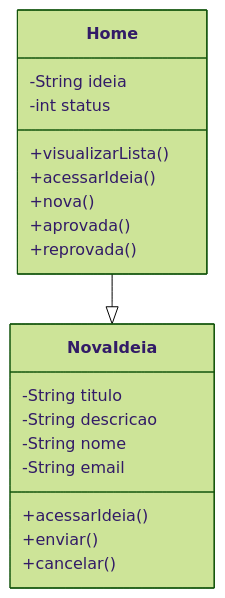
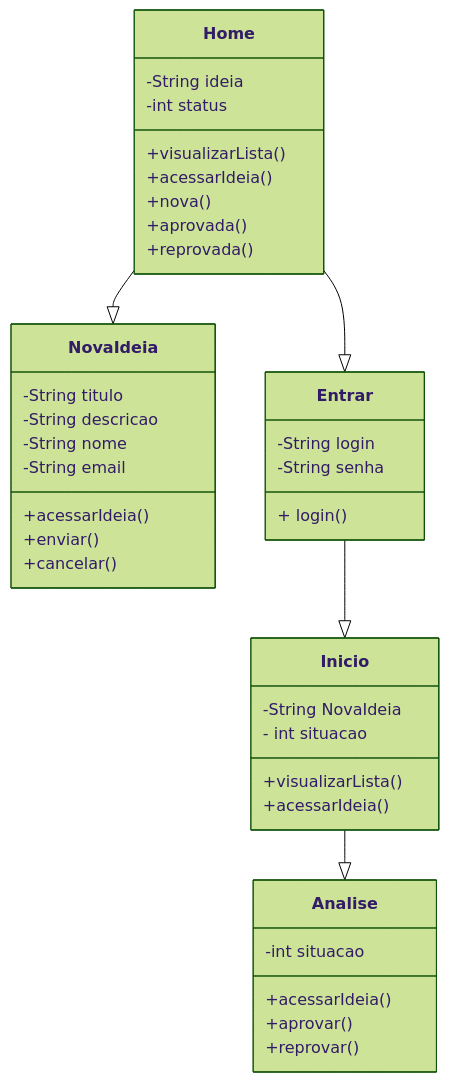
One commit to dani-marioti/Portfolio changed the second of 2 diagrams in frontend/README.md. Above: the diagram before and after it, drawn with Mermaid (forest theme).

````diff
--- a/frontend/README.md
+++ b/frontend/README.md
@@ -65,24 +65,49 @@
   ```mermaid
   classDiagram
     Home --|> NovaIdeia
+    Home --|> Entrar
+    Entrar --|> Inicio
+    Inicio --|>  Analise
     Home : -String ideia
     Home : -int status
     NovaIdeia : -String titulo
     NovaIdeia : -String descricao
     NovaIdeia : -String nome
     NovaIdeia : -String email
+    Entrar : -String login
+    Entrar : -String senha
+    Analise: -int situacao
+
+    class Entrar{
+        + login()
+    }
 
     class Home{
         +visualizarLista()
         +acessarIdeia()
         +nova()
         +aprovada()
         +reprovada()
     }
 
+    class Inicio{
+        -String NovaIdeia
+        - int situacao
+        +visualizarLista()
+        +acessarIdeia()
+
+    }
+
     class NovaIdeia{
         +acessarIdeia()
         +enviar()
         +cancelar()
     }
+
+    class Analise{
+        +acessarIdeia()
+        +aprovar()
+        +reprovar()
+    }
+
   ```
````
